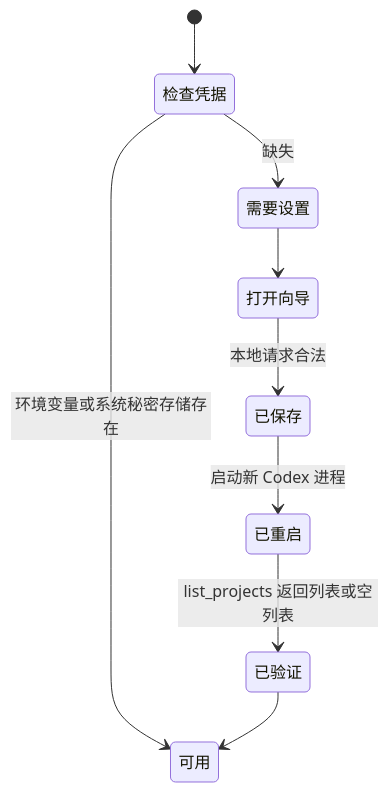
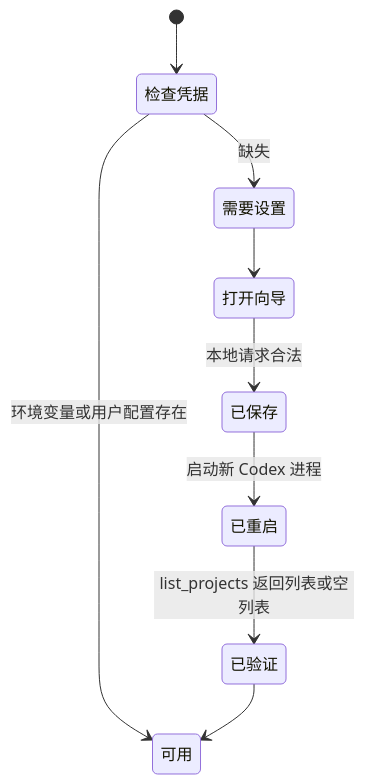
Before and after one commit to full-stack-plugins/stitch-design-plugin: the eighth of 11 diagrams in docs/Stitch-Design-Architecture.zh_CN.md, drawn with Mermaid. The commit also changed other lines of this file and 20 other files, not shown here.

````diff
--- a/docs/Stitch-Design-Architecture.zh_CN.md
+++ b/docs/Stitch-Design-Architecture.zh_CN.md
@@ -171,11 +171,11 @@
 ```mermaid
 stateDiagram-v2
     [*] --> 检查凭据
-    检查凭据 --> 可用: 环境变量或系统秘密存储存在
+    检查凭据 --> 可用: 环境变量或用户配置存在
     检查凭据 --> 需要设置: 缺失
     需要设置 --> 打开向导
     打开向导 --> 已保存: 本地请求合法
     已保存 --> 已重启: 启动新 Codex 进程
     已重启 --> 已验证: list_projects 返回列表或空列表
     已验证 --> 可用
 ```
````
